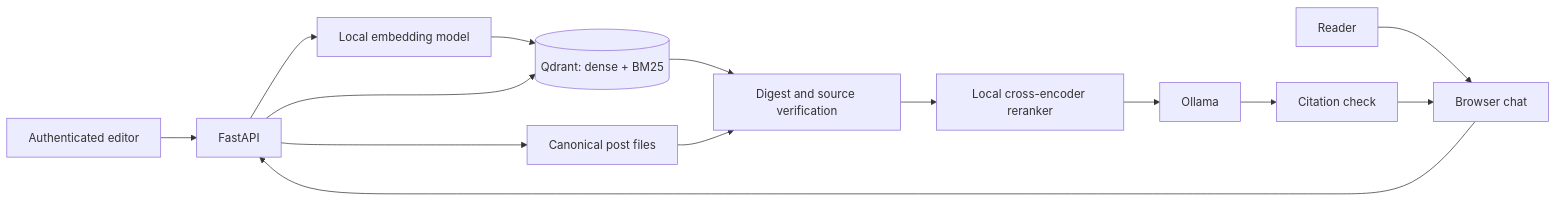
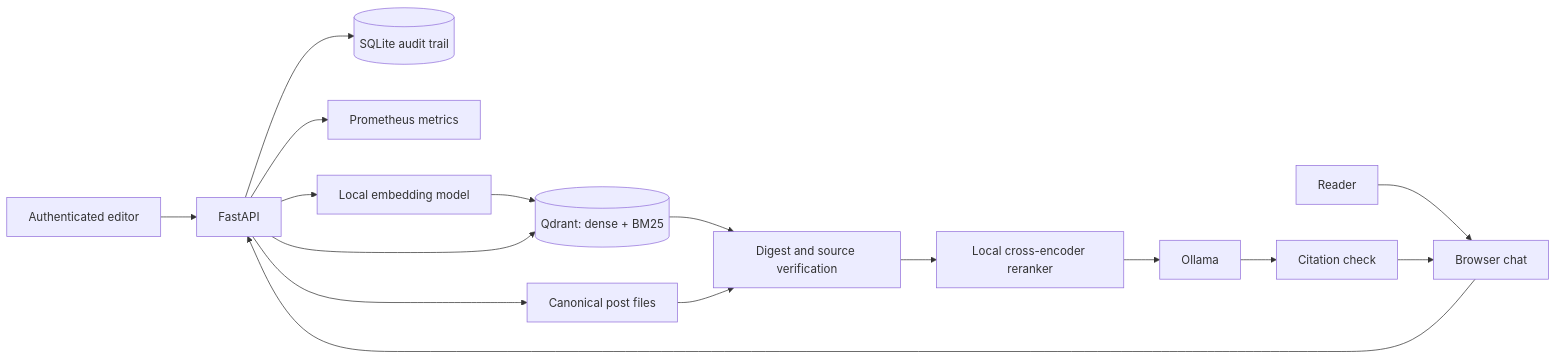
The diagram in README.md (sandeep4t/RAG-Agent), drawn with Mermaid before and after one commit. The commit also changed other lines of this file and 14 other files, not shown here.

Commit message:
Add audit trail and RAG performance metrics

````diff
--- a/README.md
+++ b/README.md
@@ -7,16 +7,18 @@
 ```mermaid
 flowchart LR
     Editor[Authenticated editor] --> API[FastAPI]
     API --> Store[Canonical post files]
+    API --> Audit[(SQLite audit trail)]
+    API --> Metrics[Prometheus metrics]
     API --> Embed[Local embedding model]
     Embed --> Q[(Qdrant: dense + BM25)]
     Reader[Reader] --> Chat[Browser chat]
     Chat --> API
     API --> Q
     Q --> Verify[Digest and source verification]
     Store --> Verify
     Verify --> Rank[Local cross-encoder reranker]
     Rank --> Ollama[Ollama]
     Ollama --> Cite[Citation check]
     Cite --> Chat
 ```
````
